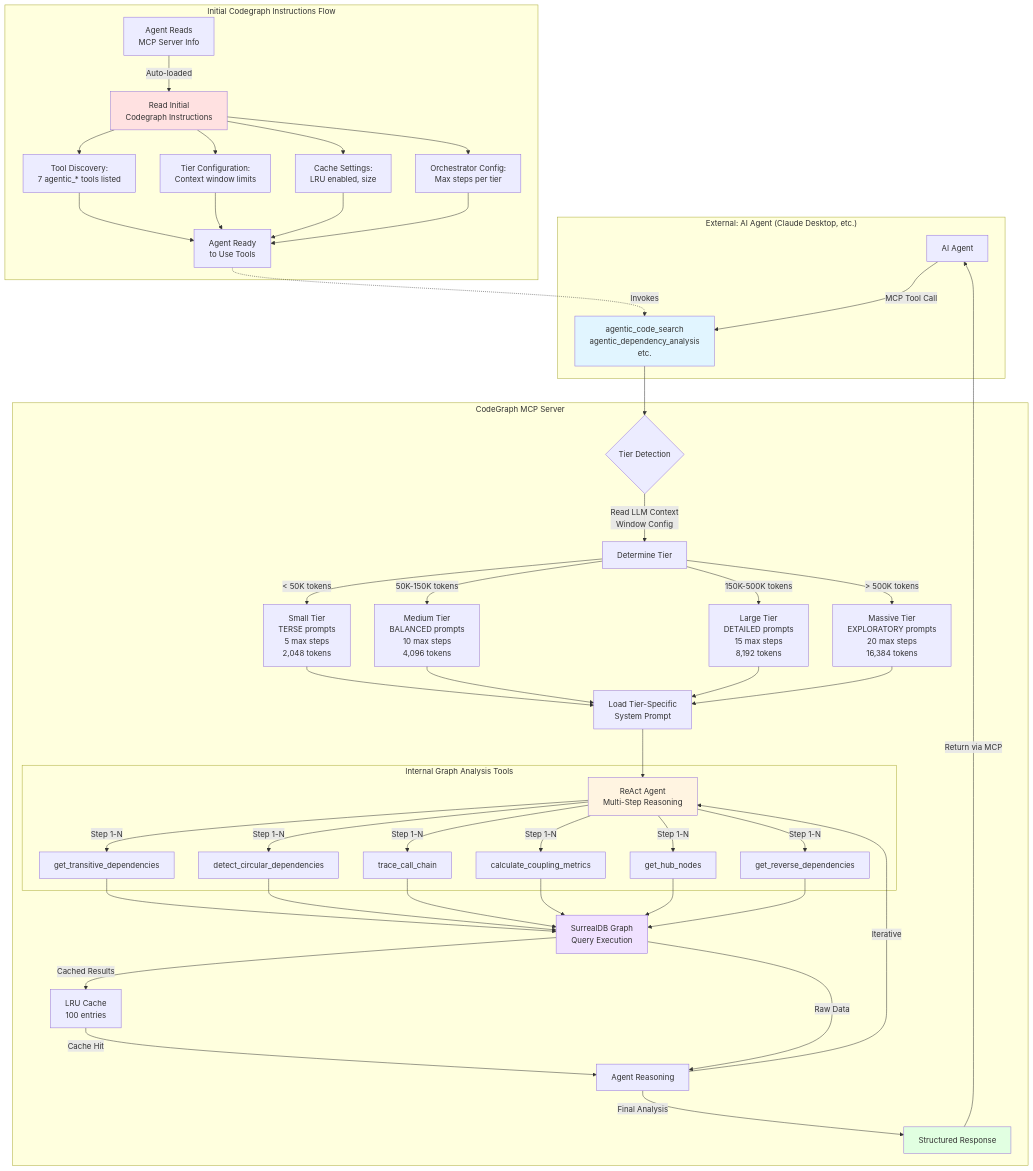
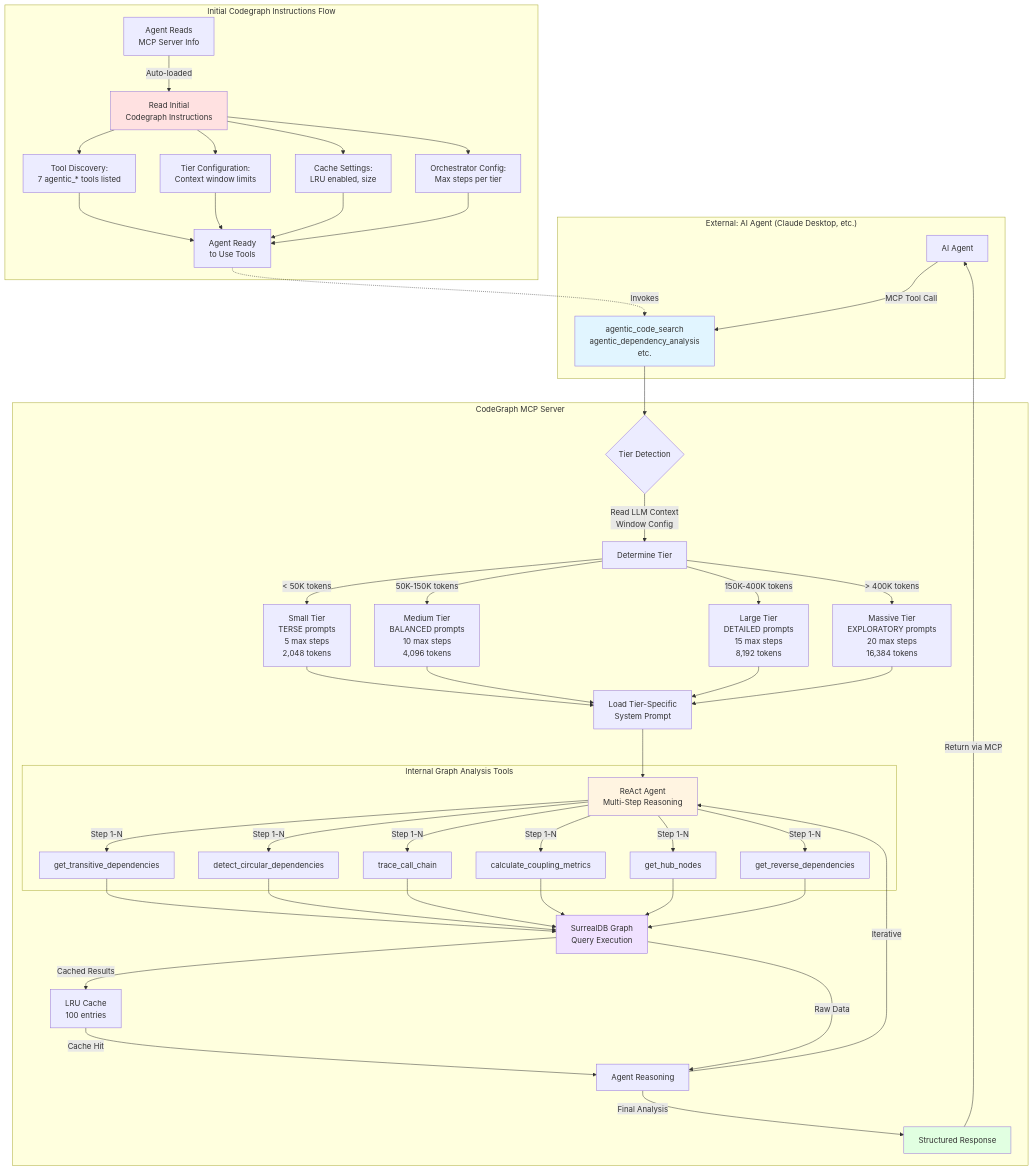
One commit to Jakedismo/codegraph-rust changed the diagram in README.md. Above: the diagram before and after it, drawn with Mermaid. The commit also changed other lines of this file and 5 other files, not shown here.

````diff
--- a/README.md
+++ b/README.md
@@ -654,57 +658,57 @@
 ```mermaid
 flowchart TD
     subgraph "External: AI Agent (Claude Desktop, etc.)"
         A[AI Agent] -->|MCP Tool Call| B[agentic_code_search<br/>agentic_dependency_analysis<br/>etc.]
     end
 
     subgraph "CodeGraph MCP Server"
         B --> C{Tier Detection}
         C -->|Read LLM Context<br/>Window Config| D[Determine Tier]
 
         D -->|< 50K tokens| E1[Small Tier<br/>TERSE prompts<br/>5 max steps<br/>2,048 tokens]
         D -->|50K-150K tokens| E2[Medium Tier<br/>BALANCED prompts<br/>10 max steps<br/>4,096 tokens]
-        D -->|150K-500K tokens| E3[Large Tier<br/>DETAILED prompts<br/>15 max steps<br/>8,192 tokens]
-        D -->|> 500K tokens| E4[Massive Tier<br/>EXPLORATORY prompts<br/>20 max steps<br/>16,384 tokens]
+        D -->|150K-400K tokens| E3[Large Tier<br/>DETAILED prompts<br/>15 max steps<br/>8,192 tokens]
+        D -->|> 400K tokens| E4[Massive Tier<br/>EXPLORATORY prompts<br/>20 max steps<br/>16,384 tokens]
 
         E1 & E2 & E3 & E4 --> F[Load Tier-Specific<br/>System Prompt]
 
         F --> G[ReAct Agent<br/>Multi-Step Reasoning]
 
         subgraph "Internal Graph Analysis Tools"
             G -->|Step 1-N| H1[get_transitive_dependencies]
             G -->|Step 1-N| H2[detect_circular_dependencies]
             G -->|Step 1-N| H3[trace_call_chain]
             G -->|Step 1-N| H4[calculate_coupling_metrics]
             G -->|Step 1-N| H5[get_hub_nodes]
             G -->|Step 1-N| H6[get_reverse_dependencies]
         end
 
         H1 & H2 & H3 & H4 & H5 & H6 --> I[SurrealDB Graph<br/>Query Execution]
 
         I -->|Cached Results| J[LRU Cache<br/>100 entries]
         I -->|Raw Data| K[Agent Reasoning]
         J -->|Cache Hit| K
 
         K -->|Iterative| G
         K -->|Final Analysis| L[Structured Response]
     end
 
     L -->|Return via MCP| A
 
     subgraph "Initial Codegraph Instructions Flow"
         M[Agent Reads<br/>MCP Server Info] -->|Auto-loaded| N[Read Initial<br/>Codegraph Instructions]
         N --> O[Tool Discovery:<br/>7 agentic_* tools listed]
         N --> P[Tier Configuration:<br/>Context window limits]
         N --> Q[Cache Settings:<br/>LRU enabled, size]
         N --> R[Orchestrator Config:<br/>Max steps per tier]
         O & P & Q & R --> S[Agent Ready<br/>to Use Tools]
         S -.->|Invokes| B
     end
 
     style B fill:#e1f5ff
     style G fill:#fff4e1
     style I fill:#f0e1ff
     style L fill:#e1ffe1
     style N fill:#ffe1e1
 
 ```
````
